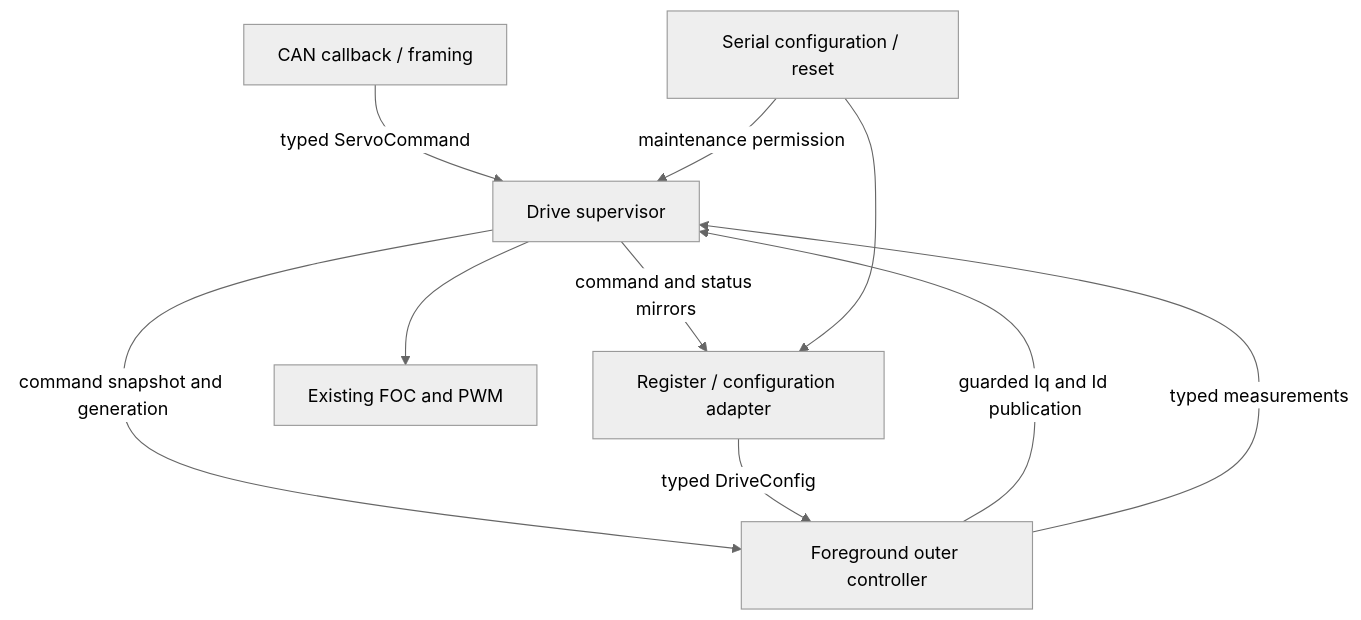
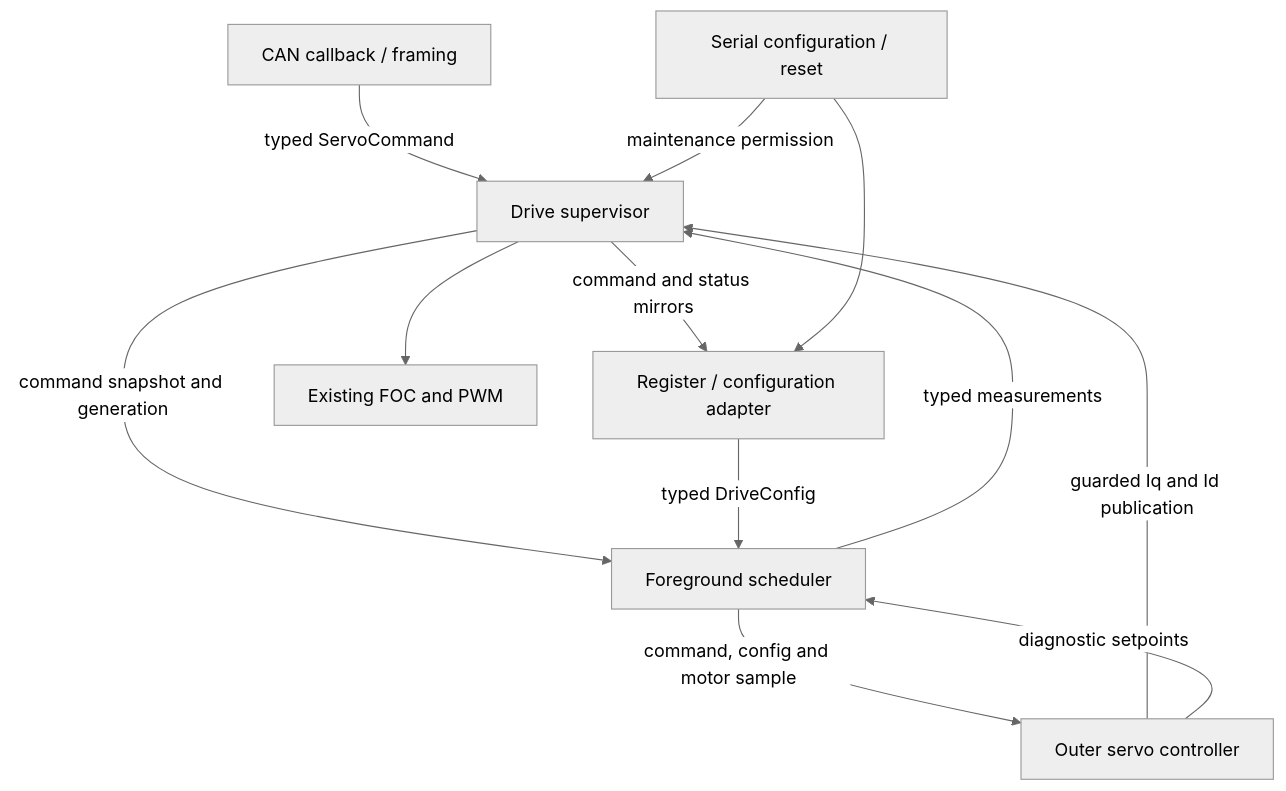
One commit to toblast/G431-Servo changed the diagram in docs/professional-architecture.md. Above: the diagram before and after it, drawn with Mermaid (neutral theme). The commit also changed other lines of this file and 13 other files, not shown here.

Commit message:
refactor: extract outer servo controller

````diff
--- a/docs/professional-architecture.md
+++ b/docs/professional-architecture.md
@@ -17,12 +19,14 @@
 ```mermaid
 flowchart TD
     CAN[CAN callback / framing] -->|typed ServoCommand| Drive[Drive supervisor]
-    Drive -->|command snapshot and generation| Main[Foreground outer controller]
+    Drive -->|command snapshot and generation| Main[Foreground scheduler]
     Config[Register / configuration adapter] -->|typed DriveConfig| Main
-    Main -->|guarded Iq and Id publication| Drive
+    Main -->|command, config and motor sample| Servo[Outer servo controller]
+    Servo -->|guarded Iq and Id publication| Drive
+    Servo -->|diagnostic setpoints| Main
     Drive --> FOC[Existing FOC and PWM]
     Main -->|typed measurements| Drive
     Drive -->|command and status mirrors| Config
     UART[Serial configuration / reset] -->|maintenance permission| Drive
     UART --> Config
 ```
````
